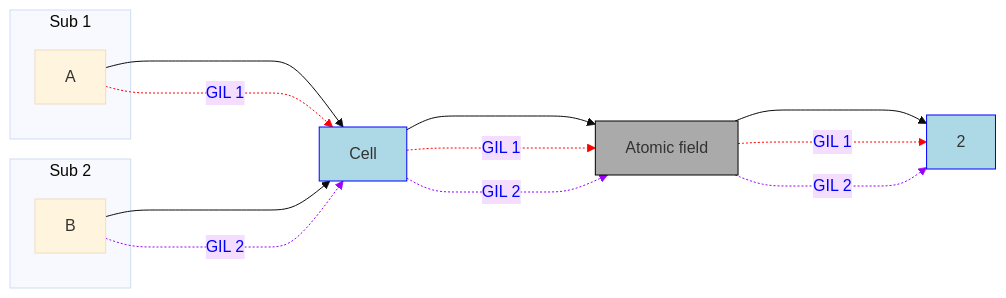
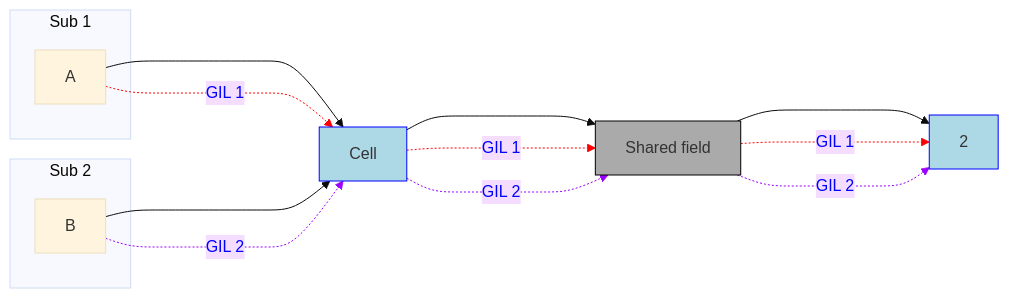
The sixth of 8 diagrams in pep795.md (TobiasWrigstad/peps), drawn with Mermaid (base theme) before and after one commit. The commit also changed other lines of this file, not shown here.

````diff
--- a/pep795.md
+++ b/pep795.md
@@ -484,30 +501,30 @@
 ```mermaid
 graph LR
   subgraph Sub 1
     A[A]
   end
 
   subgraph Sub 2
     B[B]
   end
 
   C[Cell]:::imm
-  D[Atomic field]:::fake_imm
+  D[Shared field]:::fake_imm
   E[2]:::imm
 
   A ----> C
   B ----> C
   C ----> D
   D ----> E
   A -. GIL 1 .-> C
   C -. GIL 1 .-> D
   D -. GIL 1 .-> E
   B -. GIL 2 .-> C
   C -. GIL 2 .-> D
   D -. GIL 2 .-> E
 
   classDef imm fill:#ADD8E6,stroke:#00f,stroke-width:1px;
   classDef fake_imm fill:#aaa,stroke:#000,stroke-width:1px;
   linkStyle 4,5,6 stroke:#f00,stroke-width:1px,color:blue;
   linkStyle 7,8,9 stroke:#90f,stroke-width:1px,color:blue;
 ```
````
